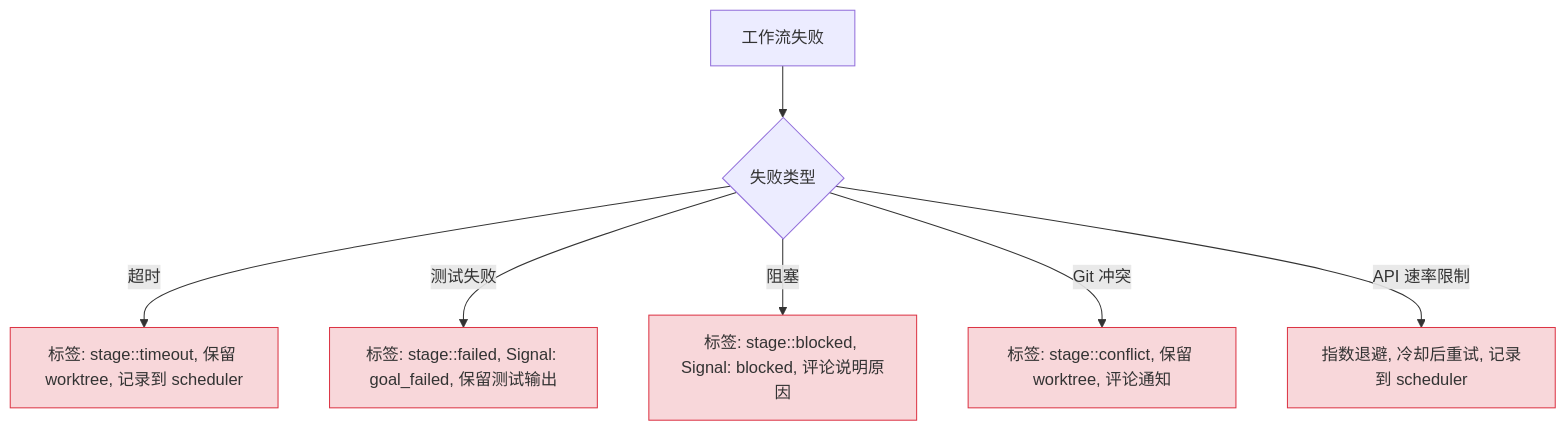
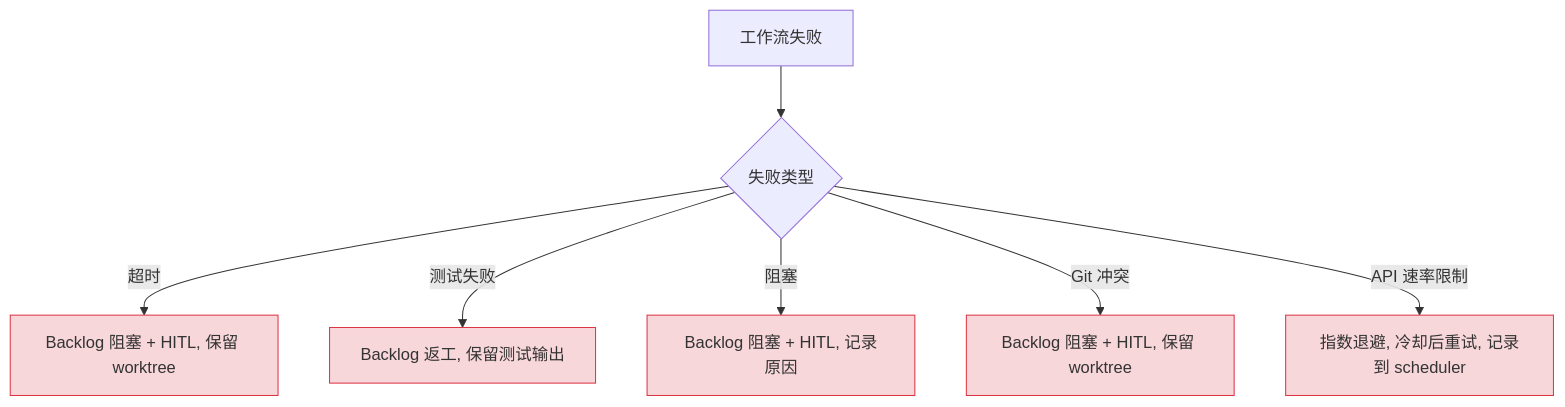
The seventh of 9 diagrams in docs/WORKFLOWS_zh.md (easyhaloo/afk), drawn with Mermaid before and after one commit. The commit also changed other lines of this file and 87 other files, not shown here.

````diff
--- a/docs/WORKFLOWS_zh.md
+++ b/docs/WORKFLOWS_zh.md
@@ -406,13 +402,13 @@
 ```mermaid
 graph TD
     Fail[工作流失败] --> Type{失败类型}
 
-    Type -->|超时| Timeout["标签: stage::timeout, 保留 worktree, 记录到 scheduler"]
-    Type -->|测试失败| TestFail["标签: stage::failed, Signal: goal_failed, 保留测试输出"]
-    Type -->|阻塞| Blocked["标签: stage::blocked, Signal: blocked, 评论说明原因"]
-    Type -->|Git 冲突| Conflict["标签: stage::conflict, 保留 worktree, 评论通知"]
+    Type -->|超时| Timeout["Backlog 阻塞 + HITL, 保留 worktree"]
+    Type -->|测试失败| TestFail["Backlog 返工, 保留测试输出"]
+    Type -->|阻塞| Blocked["Backlog 阻塞 + HITL, 记录原因"]
+    Type -->|Git 冲突| Conflict["Backlog 阻塞 + HITL, 保留 worktree"]
     Type -->|API 速率限制| RateLimit["指数退避, 冷却后重试, 记录到 scheduler"]
 
     classDef error fill:#f8d7da,stroke:#dc3545
     class Timeout,TestFail,Blocked,Conflict,RateLimit error
 ```
````
